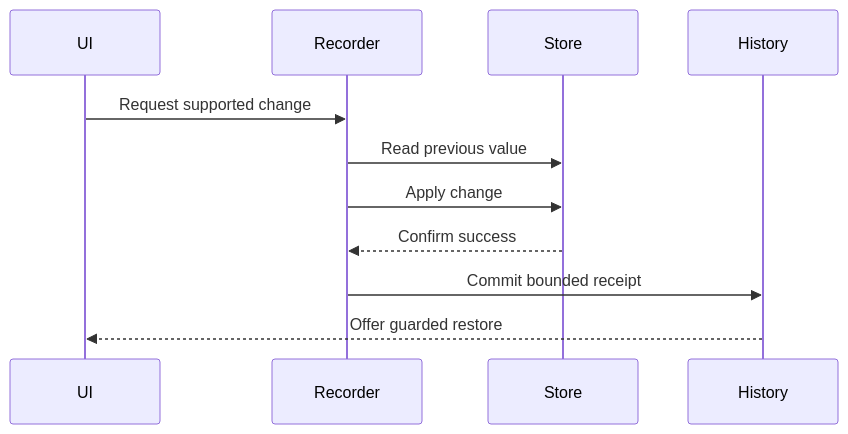
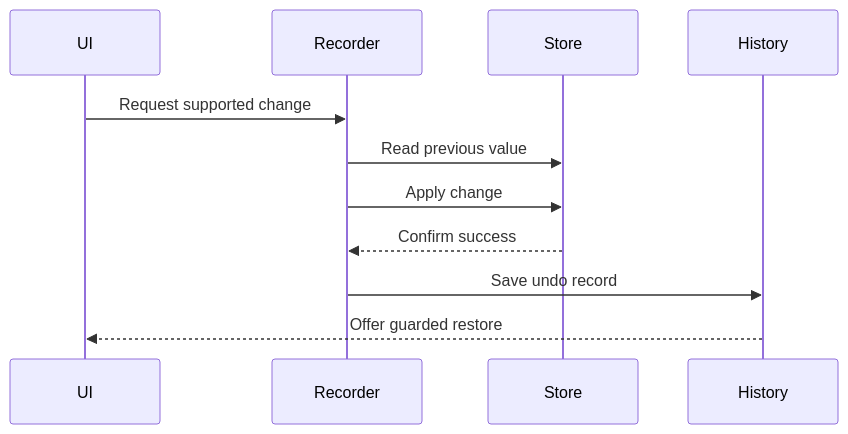
The third of 4 diagrams in docs/kmk/diagrams/security-and-integration.md (FancyCorey/komikku-KMK), drawn with Mermaid before and after one commit. The commit also changed other lines of this file and 23 other files, not shown here.

````diff
--- a/docs/kmk/diagrams/security-and-integration.md
+++ b/docs/kmk/diagrams/security-and-integration.md
@@ -31,13 +31,13 @@
 ```mermaid
 sequenceDiagram
     participant UI
     participant Recorder
     participant Store
     participant History
     UI->>Recorder: Request supported change
     Recorder->>Store: Read previous value
     Recorder->>Store: Apply change
     Store-->>Recorder: Confirm success
-    Recorder->>History: Commit bounded receipt
+    Recorder->>History: Save undo record
     History-->>UI: Offer guarded restore
 ```
````
